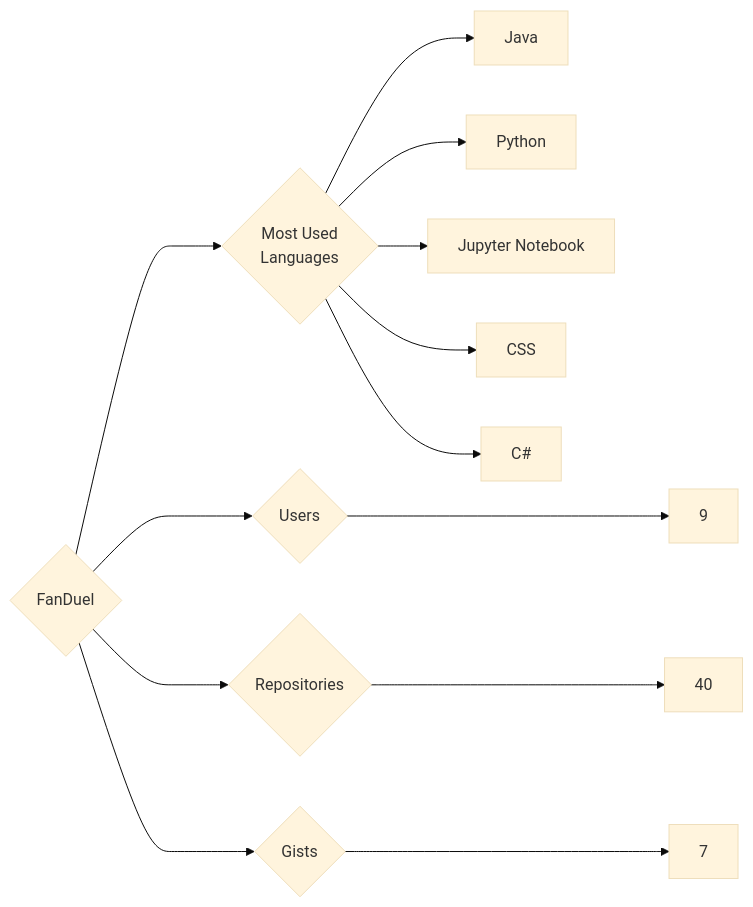
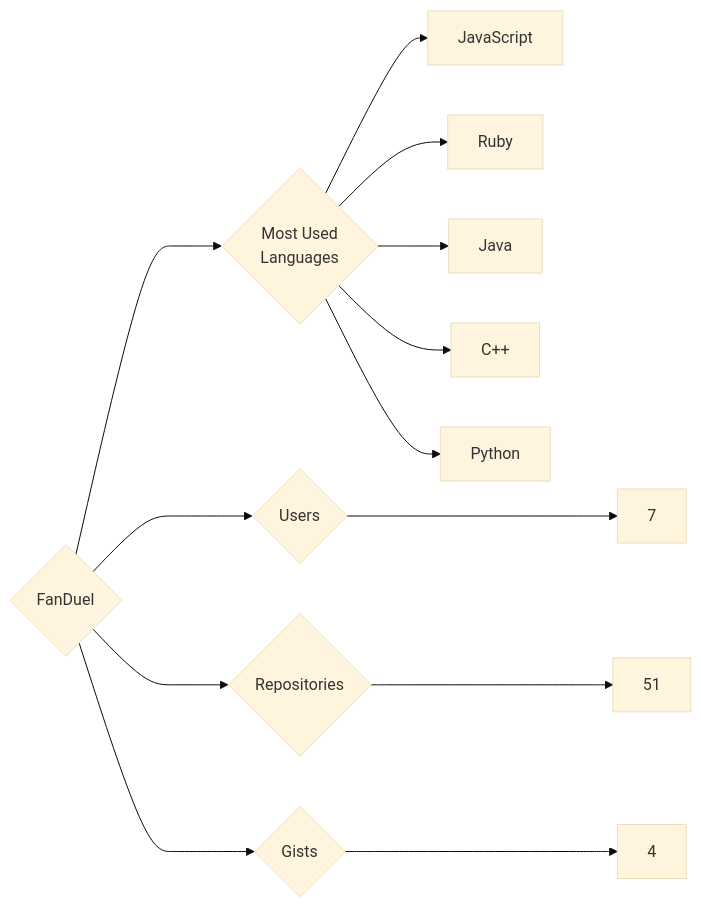
One commit to trickest/insiders changed the diagram in targets/FanDuel/README.md. Above: the diagram before and after it, drawn with Mermaid (base theme). The commit also changed 815 other files, not shown here.

````diff
--- a/targets/FanDuel/README.md
+++ b/targets/FanDuel/README.md
@@ -3,13 +3,13 @@
 ```mermaid
 graph LR
 COMPANY_NAME{FanDuel}
-COMPANY_NAME ---> U{Users} ---> UN[9]
-COMPANY_NAME ---> R{Repositories} ---> RN[40]
-COMPANY_NAME ---> G{Gists} ---> GN[7]
+COMPANY_NAME ---> U{Users} ---> UN[7]
+COMPANY_NAME ---> R{Repositories} ---> RN[51]
+COMPANY_NAME ---> G{Gists} ---> GN[4]
 COMPANY_NAME ---> ML{Most Used<br>Languages}
+ML --> JavaScript[JavaScript]
+ML --> Ruby[Ruby]
 ML --> Java[Java]
+ML --> C++[C++]
 ML --> Python[Python]
-ML --> Jupyter_Notebook[Jupyter Notebook]
-ML --> CSS[CSS]
-ML --> C#[C#]
 ```
````
